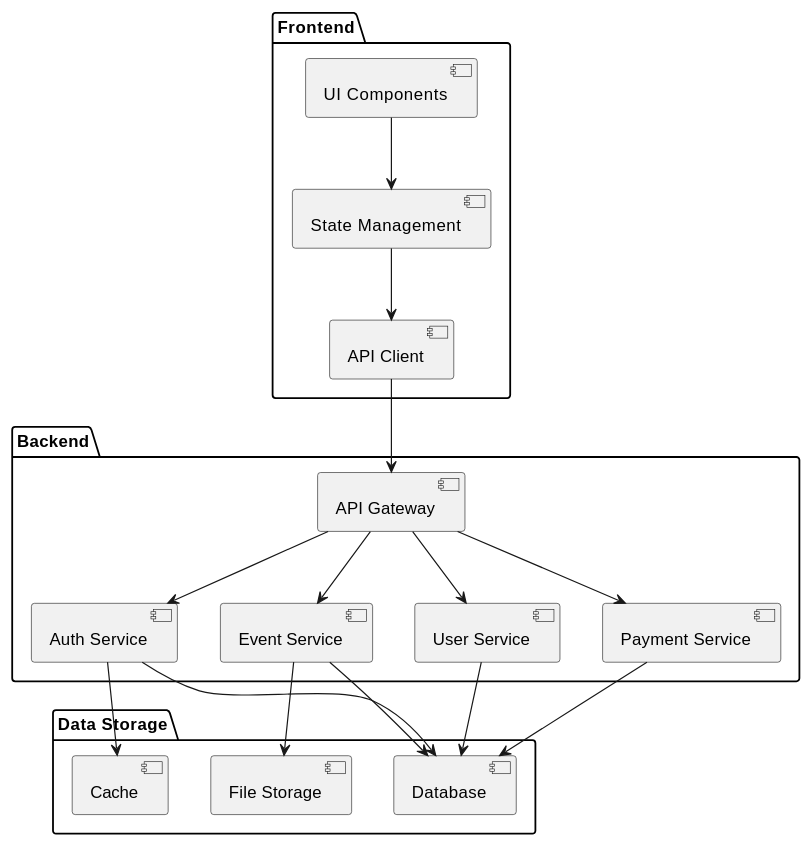
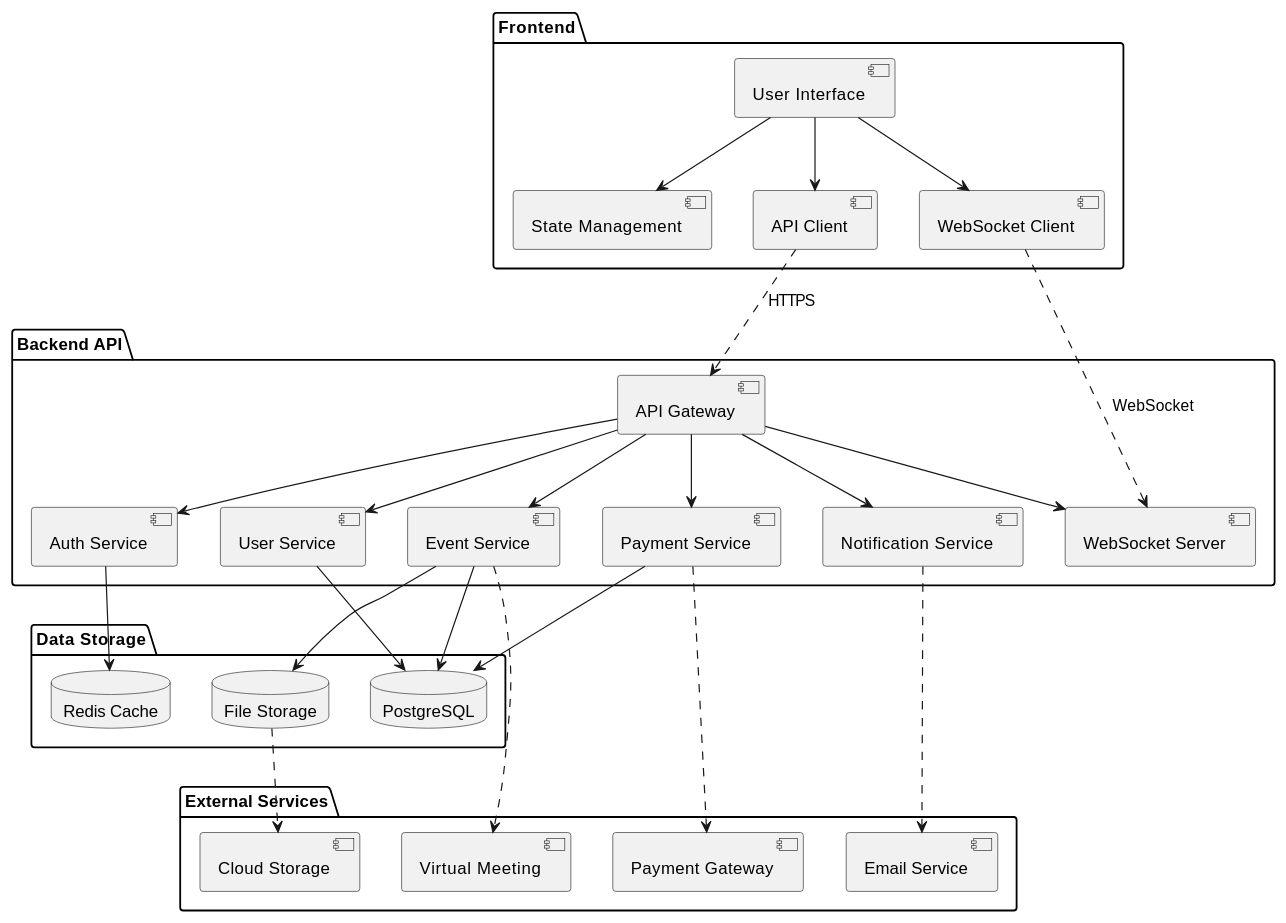
One commit to LazyEllis/eventify changed the sixth of 7 diagrams in chapter-3.md. Above: the diagram before and after it, drawn with PlantUML. The commit also changed other lines of this file, not shown here.

Commit message:
Rework Architecture Diagrams

````diff
--- a/chapter-3.md
+++ b/chapter-3.md
@@ -515,40 +648,61 @@
 ```plantuml
-@startuml Component Diagram
+@startuml System Component Diagram
+
 package "Frontend" {
-  [UI Components]
-  [State Management]
-  [API Client]
+    [User Interface] as UI
+    [State Management] as State
+    [API Client] as APIClient
+    [WebSocket Client] as WSClient
+
+    UI --> State
+    UI --> APIClient
+    UI --> WSClient
 }
 
-package "Backend" {
-  [API Gateway]
-  [Auth Service]
-  [Event Service]
-  [User Service]
-  [Payment Service]
+package "Backend API" {
+    [API Gateway] as Gateway
+    [Auth Service] as Auth
+    [Event Service] as Event
+    [User Service] as User
+    [Payment Service] as Payment
+    [Notification Service] as Notification
+    [WebSocket Server] as WSServer
+
+    Gateway --> Auth
+    Gateway --> Event
+    Gateway --> User
+    Gateway --> Payment
+    Gateway --> Notification
+    Gateway --> WSServer
 }
 
 package "Data Storage" {
-  [Database]
-  [Cache]
-  [File Storage]
+    database "PostgreSQL" as DB
+    database "Redis Cache" as Cache
+    database "File Storage" as Files
+
+    Event --> DB
+    User --> DB
+    Payment --> DB
+    Auth --> Cache
+    Event --> Files
 }
 
-[UI Components] --> [State Management]
-[State Management] --> [API Client]
-[API Client] --> [API Gateway]
-[API Gateway] --> [Auth Service]
-[API Gateway] --> [Event Service]
-[API Gateway] --> [User Service]
-[API Gateway] --> [Payment Service]
+package "External Services" {
+    [Payment Gateway] as Stripe
+    [Email Service] as Email
+    [Virtual Meeting] as Meeting
+    [Cloud Storage] as CloudStorage
 
-[Auth Service] --> [Database]
-[Event Service] --> [Database]
-[User Service] --> [Database]
-[Payment Service] --> [Database]
+    Payment ..> Stripe
+    Notification ..> Email
+    Event ..> Meeting
+    Files ..> CloudStorage
+}
 
-[Event Service] --> [File Storage]
-[Auth Service] --> [Cache]
+' Main connections
+APIClient ..> Gateway : HTTPS
+WSClient ..> WSServer : WebSocket
 
 @enduml
 ```
````
